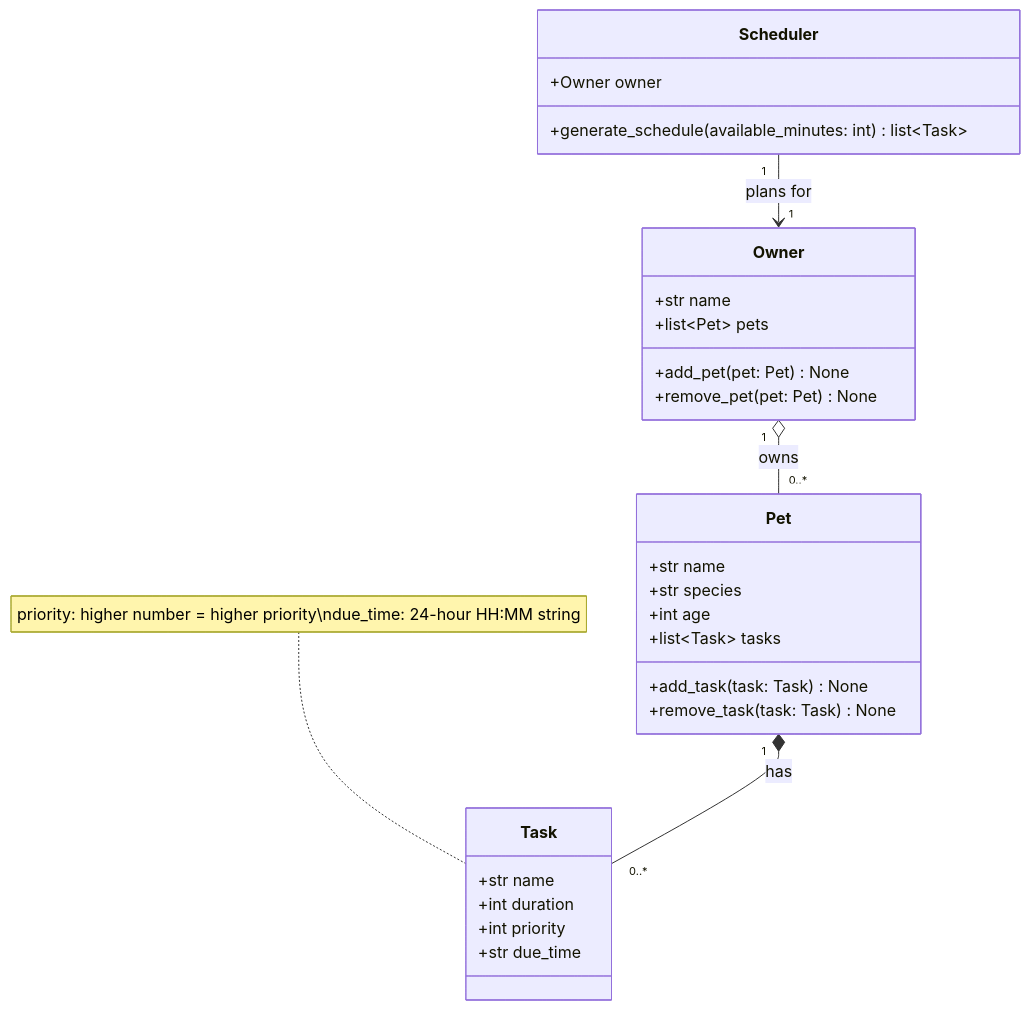
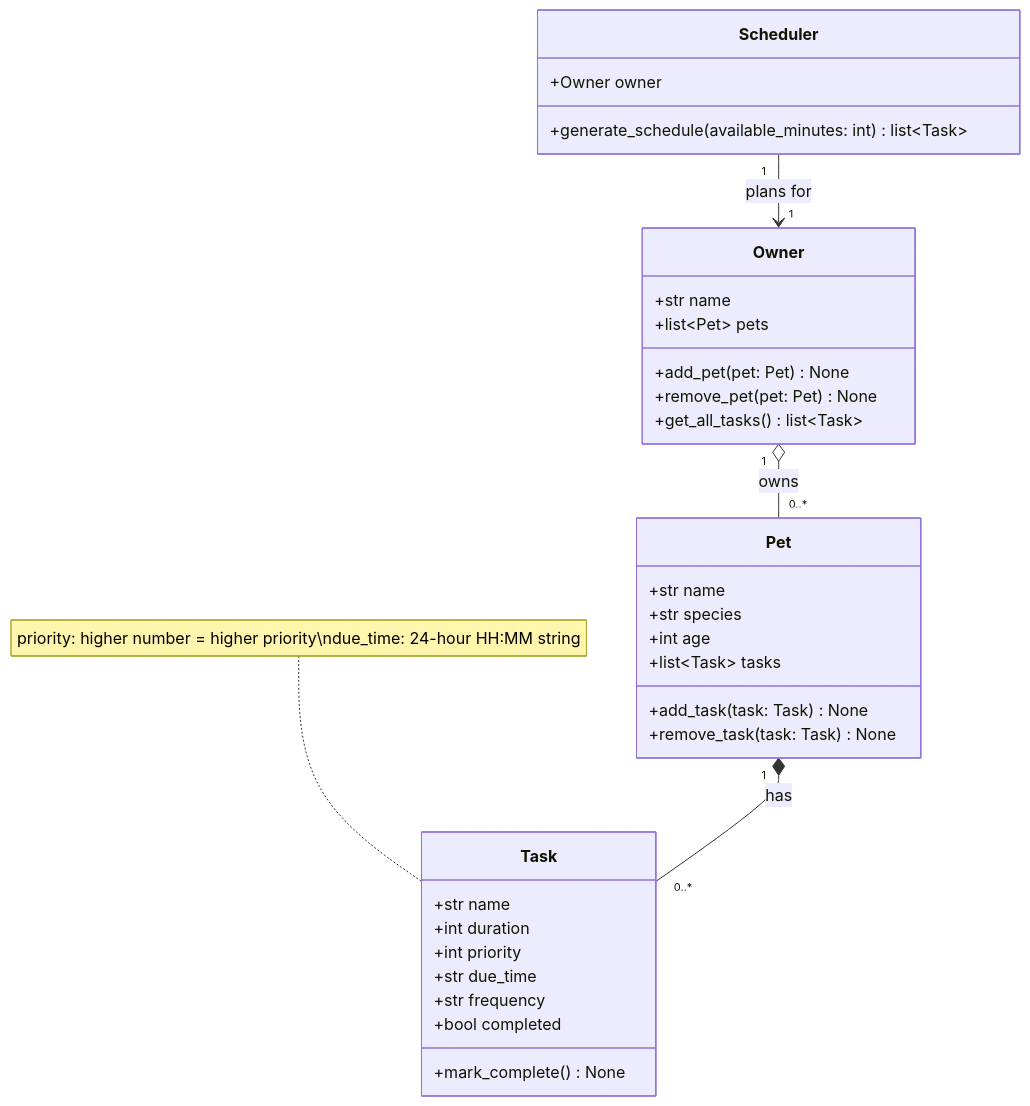
The diagram in diagrams/uml_draft.md (isalcedo1121/ai110-module2show-pawpal-starter), drawn with Mermaid before and after one commit. The commit also changed other lines of this file and 5 other files, not shown here.

````diff
--- a/diagrams/uml_draft.md
+++ b/diagrams/uml_draft.md
@@ -3,36 +3,40 @@
 ```mermaid
 classDiagram
     class Owner {
         +str name
         +list~Pet~ pets
         +add_pet(pet: Pet) None
         +remove_pet(pet: Pet) None
+        +get_all_tasks() list~Task~
     }
 
     class Pet {
         +str name
         +str species
         +int age
         +list~Task~ tasks
         +add_task(task: Task) None
         +remove_task(task: Task) None
     }
 
     class Task {
         +str name
         +int duration
         +int priority
         +str due_time
+        +str frequency
+        +bool completed
+        +mark_complete() None
     }
 
     class Scheduler {
         +Owner owner
         +generate_schedule(available_minutes: int) list~Task~
     }
 
     note for Task "priority: higher number = higher priority\ndue_time: 24-hour HH:MM string"
 
     Owner "1" o-- "0..*" Pet : owns
     Pet "1" *-- "0..*" Task : has
     Scheduler "1" --> "1" Owner : plans for
 ```
````
